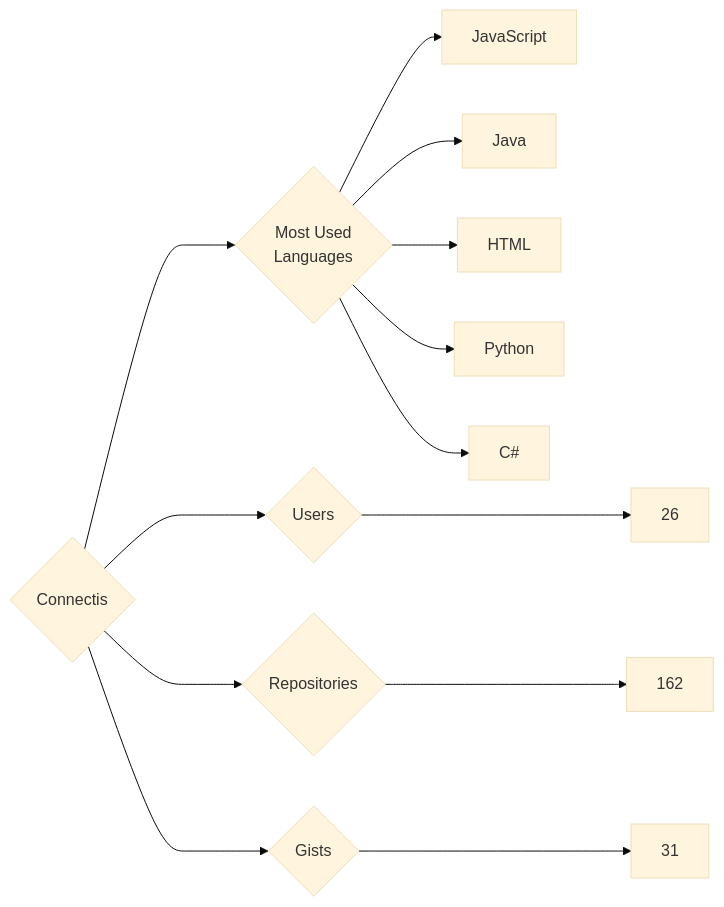
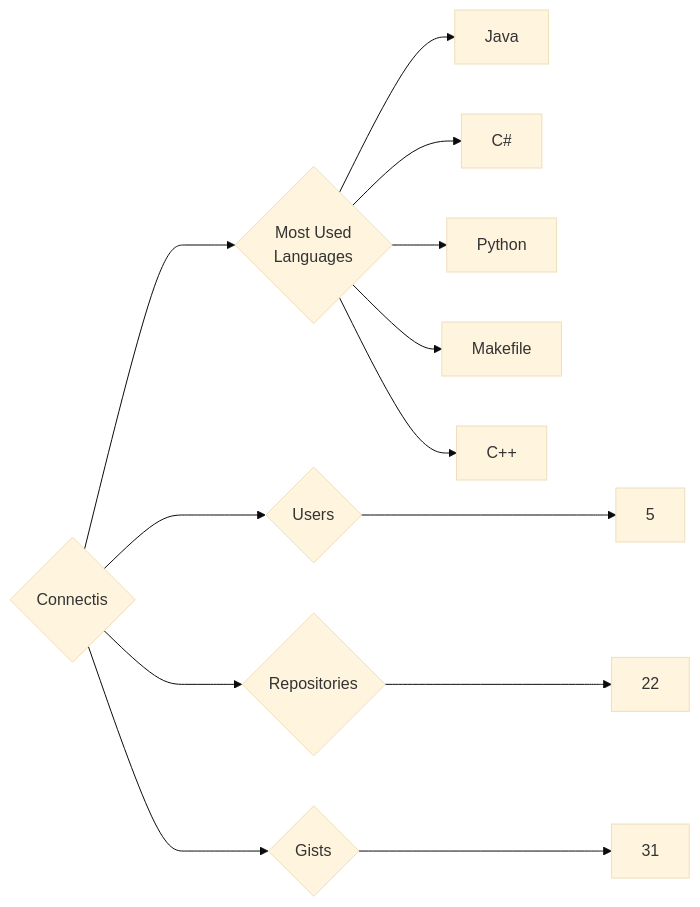
One commit to trickest/insiders changed the diagram in targets/Connectis/README.md. Above: the diagram before and after it, drawn with Mermaid (base theme). The commit also changed 1314 other files, not shown here.

````diff
--- a/targets/Connectis/README.md
+++ b/targets/Connectis/README.md
@@ -3,13 +3,13 @@
 ```mermaid
 graph LR
 COMPANY_NAME{Connectis}
-COMPANY_NAME ---> U{Users} ---> UN[26]
-COMPANY_NAME ---> R{Repositories} ---> RN[162]
+COMPANY_NAME ---> U{Users} ---> UN[5]
+COMPANY_NAME ---> R{Repositories} ---> RN[22]
 COMPANY_NAME ---> G{Gists} ---> GN[31]
 COMPANY_NAME ---> ML{Most Used<br>Languages}
-ML --> JavaScript[JavaScript]
 ML --> Java[Java]
-ML --> HTML[HTML]
+ML --> C#[C#]
 ML --> Python[Python]
-ML --> C#[C#]
+ML --> Makefile[Makefile]
+ML --> C++[C++]
 ```
````
